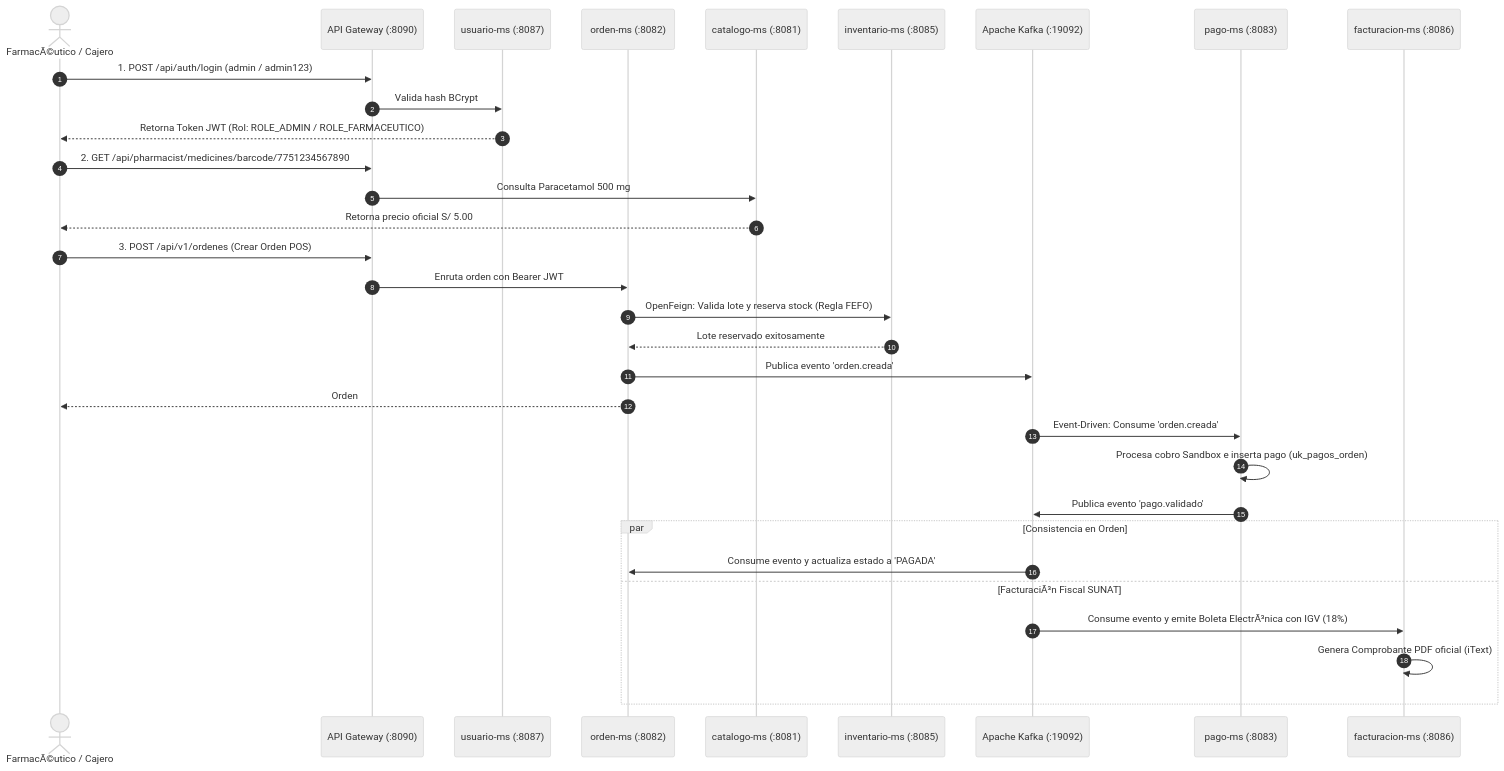
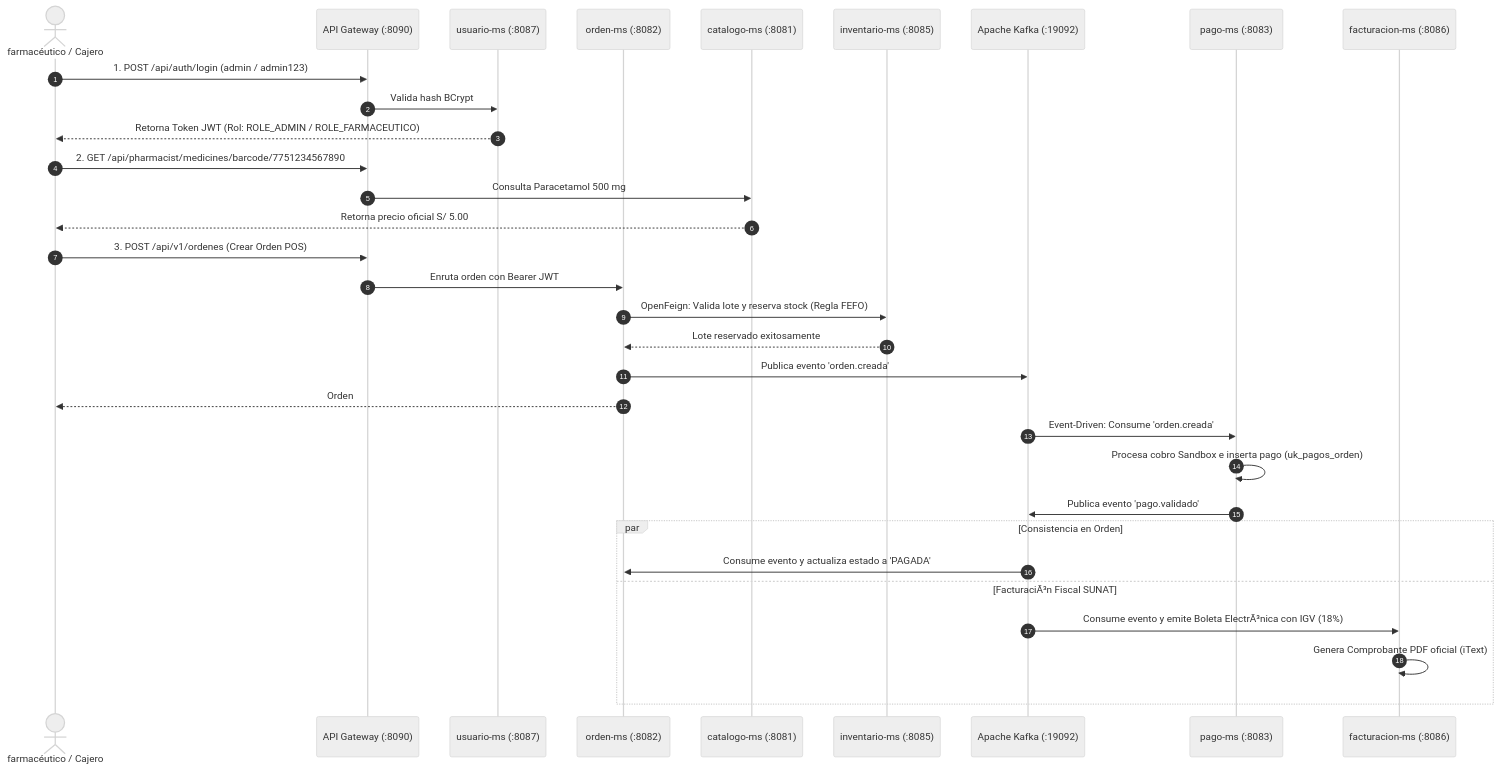
The fourth of 4 diagrams in docs/index.md (rbn-69-cod/MediZano_microservicios), drawn with Mermaid (neutral theme) before and after one commit. The commit also changed other lines of this file and 11 other files, not shown here.

````diff
--- a/docs/index.md
+++ b/docs/index.md
@@ -326,39 +326,39 @@
 ```mermaid
 sequenceDiagram
     autonumber
-    actor Cajero as FarmacÃ©utico / Cajero
+    actor Cajero as farmacéutico / Cajero
     participant Gateway as API Gateway (:8090)
     participant Auth as usuario-ms (:8087)
     participant Orden as orden-ms (:8082)
     participant Catalogo as catalogo-ms (:8081)
     participant Inventario as inventario-ms (:8085)
     participant Kafka as Apache Kafka (:19092)
     participant Pago as pago-ms (:8083)
     participant Facturacion as facturacion-ms (:8086)
 
     Cajero->>Gateway: 1. POST /api/auth/login (admin / admin123)
     Gateway->>Auth: Valida hash BCrypt
     Auth-->>Cajero: Retorna Token JWT (Rol: ROLE_ADMIN / ROLE_FARMACEUTICO)
 
     Cajero->>Gateway: 2. GET /api/pharmacist/medicines/barcode/7751234567890
     Gateway->>Catalogo: Consulta Paracetamol 500 mg
     Catalogo-->>Cajero: Retorna precio oficial S/ 5.00
 
     Cajero->>Gateway: 3. POST /api/v1/ordenes (Crear Orden POS)
     Gateway->>Orden: Enruta orden con Bearer JWT
     Orden->>Inventario: OpenFeign: Valida lote y reserva stock (Regla FEFO)
     Inventario-->>Orden: Lote reservado exitosamente
     Orden->>Kafka: Publica evento 'orden.creada'
     Orden-->>Cajero: Orden #ORD-001 creada (Estado: PENDIENTE)
 
     Kafka->>Pago: Event-Driven: Consume 'orden.creada'
     Pago->>Pago: Procesa cobro Sandbox e inserta pago (uk_pagos_orden)
     Pago->>Kafka: Publica evento 'pago.validado'
 
     par Consistencia en Orden
         Kafka->>Orden: Consume evento y actualiza estado a 'PAGADA'
     and FacturaciÃ³n Fiscal SUNAT
         Kafka->>Facturacion: Consume evento y emite Boleta ElectrÃ³nica con IGV (18%)
         Facturacion->>Facturacion: Genera Comprobante PDF oficial (iText)
     end
 ```
````
